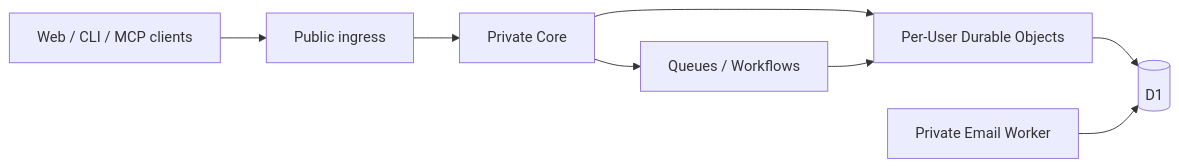
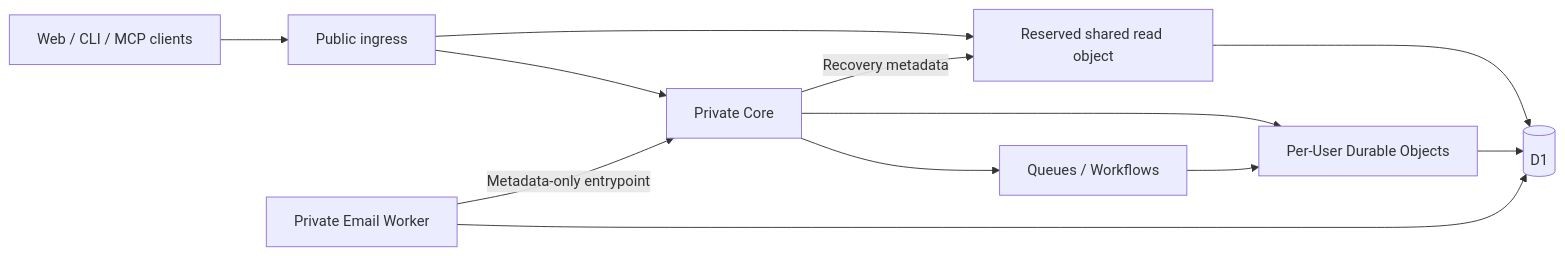
Before and after one commit to B4rz99/fidy-ai: the diagram in ARCHITECTURE.md, drawn with Mermaid. The commit also changed other lines of this file and 37 other files, not shown here.

First line of the commit message:
refactor(cloudflare): #1589 prepare shared reads beside recovery metadata

````diff
--- a/ARCHITECTURE.md
+++ b/ARCHITECTURE.md
@@ -27,10 +29,14 @@
 ```mermaid
 flowchart LR
   Clients[Web / CLI / MCP clients] --> Ingress[Public ingress]
   Ingress --> Core[Private Core]
+  Ingress --> Reads[Reserved shared read object]
+  Reads --> D1
+  Core -- Recovery metadata --> Reads
   Core --> Coordinator[Per-User Durable Objects]
   Coordinator --> D1[(D1)]
   Core --> Background[Queues / Workflows]
   Background --> Coordinator
   Email[Private Email Worker] --> D1
+  Email -- Metadata-only entrypoint --> Core
 ```
````
